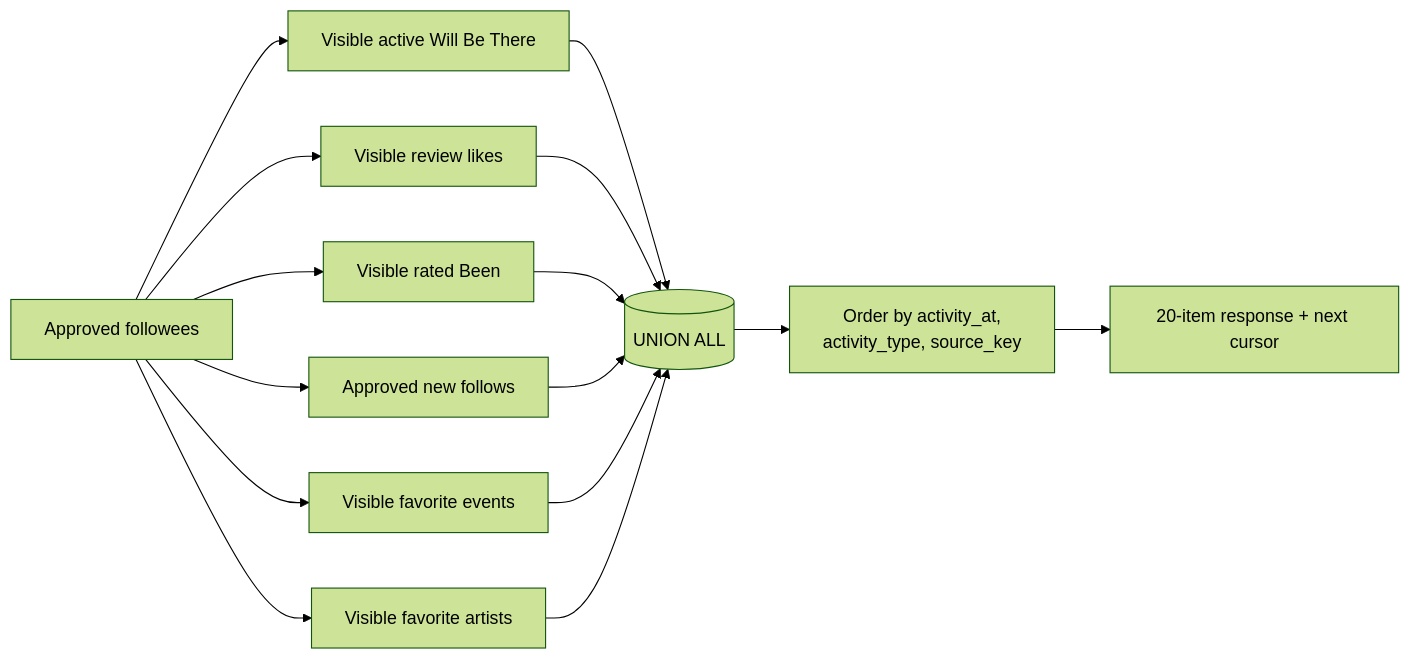
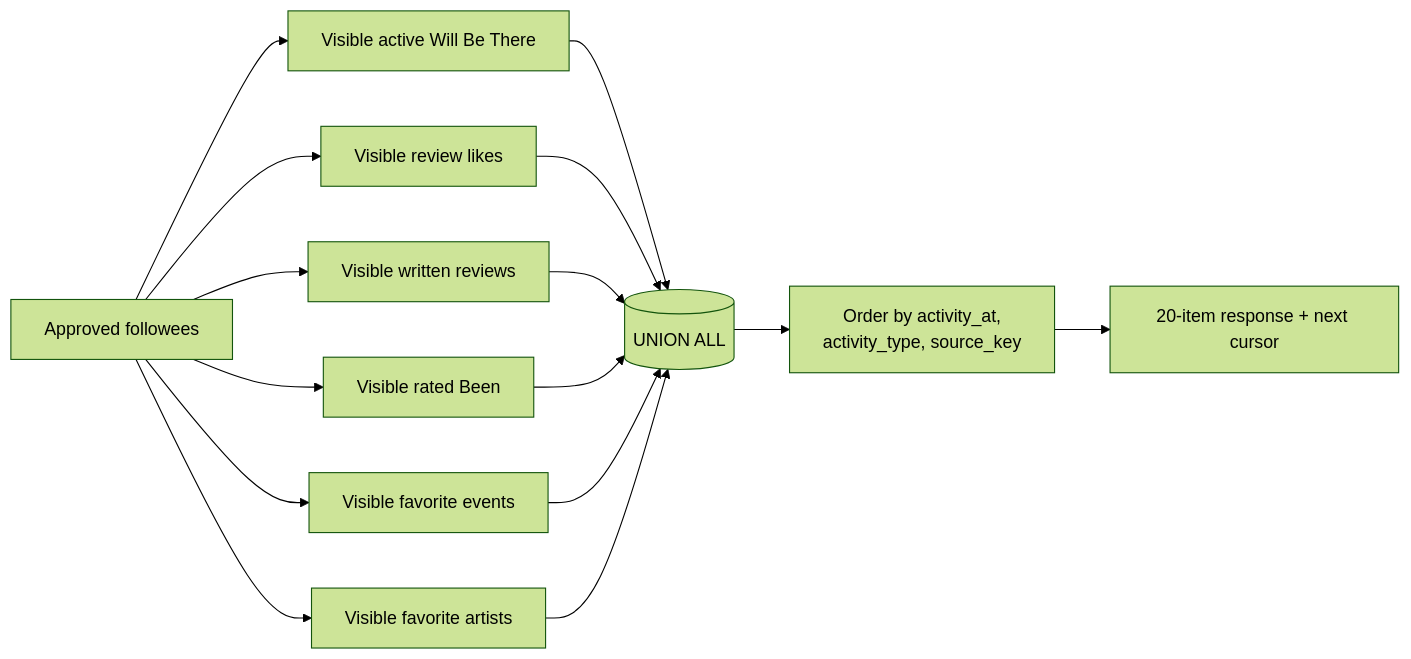
One commit to tanbaydar/onda changed the sixth of 6 diagrams in docs/APPLICATION_DATA.md. Above: the diagram before and after it, drawn with Mermaid (forest theme). The commit also changed 12 other files, not shown here.

First line of the commit message:
feat: trigger Home activity for written reviews

````diff
--- a/docs/APPLICATION_DATA.md
+++ b/docs/APPLICATION_DATA.md
@@ -147,18 +147,18 @@
 ```mermaid
 flowchart LR
     Follows[Approved followees] --> WBT[Visible active Will Be There]
     Follows --> Likes[Visible review likes]
+    Follows --> Reviews[Visible written reviews]
     Follows --> Ratings[Visible rated Been]
-    Follows --> FollowActivity[Approved new follows]
     Follows --> FavEvent[Visible favorite events]
     Follows --> FavArtist[Visible favorite artists]
 
     WBT --> Union[(UNION ALL)]
     Likes --> Union
+    Reviews --> Union
     Ratings --> Union
-    FollowActivity --> Union
     FavEvent --> Union
     FavArtist --> Union
     Union --> Cursor[Order by activity_at,<br/>activity_type, source_key]
     Cursor --> Page[20-item response + next cursor]
 ```
````
